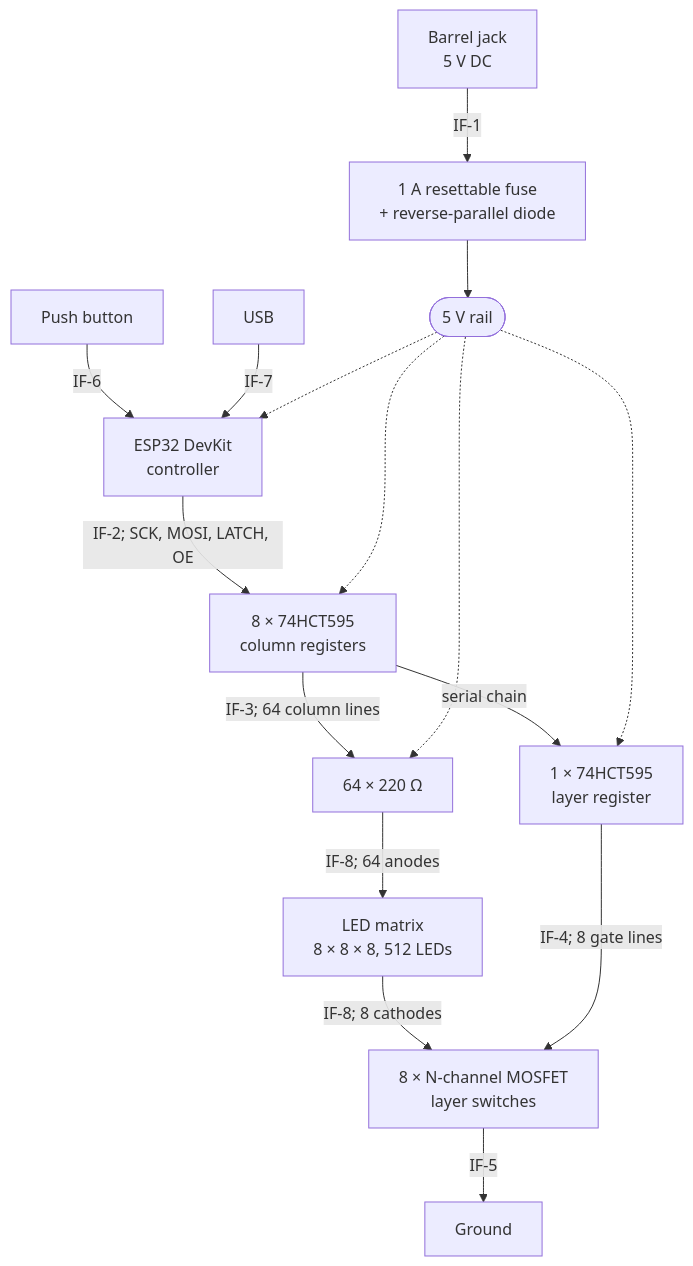
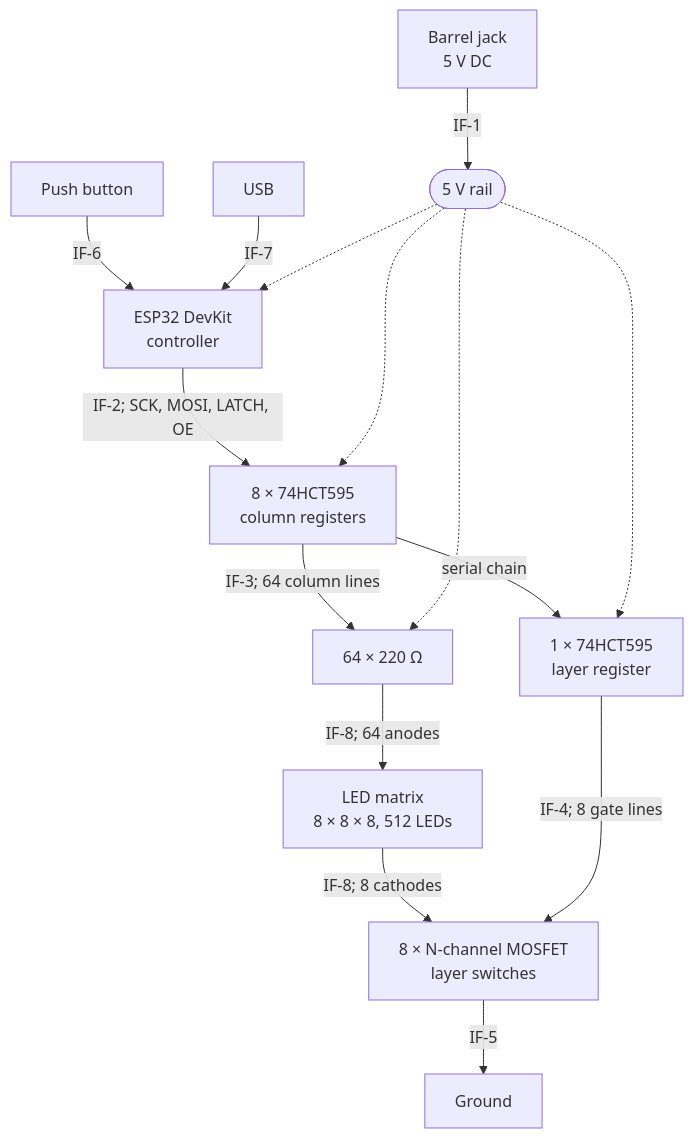
One commit to INiKkEI/led-cube changed the diagram in docs/architecture.md. Above: the diagram before and after it, drawn with Mermaid. The commit also changed other lines of this file and 7 other files, not shown here.

````diff
--- a/docs/architecture.md
+++ b/docs/architecture.md
@@ -7,23 +7,22 @@
 ```mermaid
 flowchart TB
-    JACK["Barrel jack<br/>5 V DC"] -->|IF-1| PROT["1 A resettable fuse<br/>+ reverse-parallel diode"]
-    PROT --> RAIL(["5 V rail"])
+    JACK["Barrel jack<br/>5 V DC"] -->|IF-1| RAIL(["5 V rail"])
 
     BTN["Push button"] -->|IF-6| ESP["ESP32 DevKit<br/>controller"]
 
     ESP -->|"IF-2; SCK, MOSI, LATCH, OE"| COL["8 × 74HCT595<br/>column registers"]
     COL -->|"serial chain"| LAY["1 × 74HCT595<br/>layer register"]
 
     COL -->|"IF-3; 64 column lines"| RES["64 × 220 Ω"]
     RES -->|"IF-8; 64 anodes"| CUBE["LED matrix<br/>8 × 8 × 8, 512 LEDs"]
     CUBE -->|"IF-8; 8 cathodes"| SW["8 × N-channel MOSFET<br/>layer switches"]
     LAY -->|"IF-4; 8 gate lines"| SW
     SW -->|IF-5| GND["Ground"]
 
     USB["USB"] -->|IF-7| ESP
 
     RAIL -.-> ESP
     RAIL -.-> COL
     RAIL -.-> LAY
     RAIL -.-> RES
 ```
````
